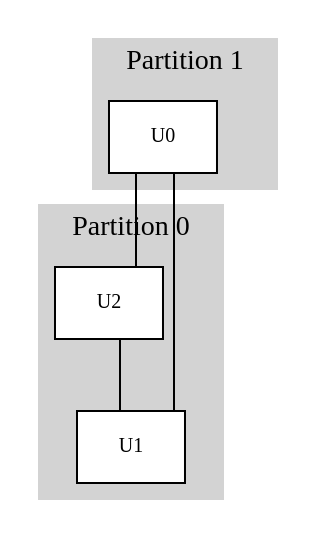
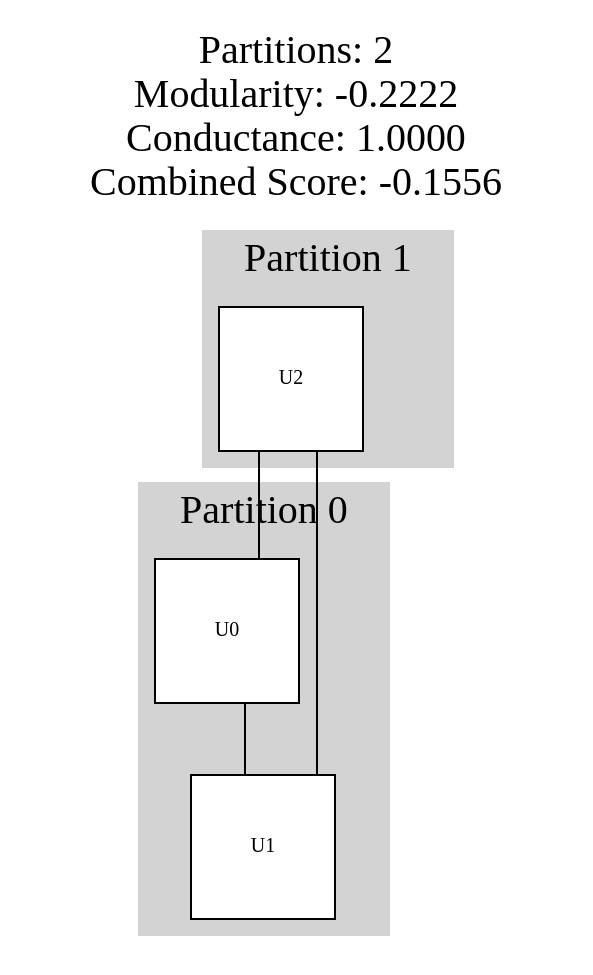
Before and after one commit to d-e-e-p/schematic-from-netlist: the diagram in data/dot/partition_2.dot, drawn with Graphviz. The commit also changed 4 other files, not shown here.

```diff
--- a/data/dot/partition_2.dot
+++ b/data/dot/partition_2.dot
@@ -1,35 +1,50 @@
 digraph "" {
-	graph [overlap=false,
+	graph [fontsize=20,
+		label="Partitions: 2
+Modularity: -0.2222
+Conductance: 1.0000
+Combined Score: -0.1556",
+		labelloc=t,
+		overlap=false,
 		rankdir=TB,
 		ratio=auto,
 		splines=ortho
 	];
 	node [fillcolor=white,
 		fontsize=10,
 		style=filled
 	];
 	edge [arrowhead=dot,
 		arrowsize=0.0,
 		arrowtail=dot,
 		dir=both,
 		fontsize=8
 	];
 	subgraph cluster_1 {
 		graph [color=lightgrey,
 			label="Partition 1",
 			style=filled
 		];
-		U0	[shape=box];
+		U2	[fixedsize=True,
+			height=1.0,
+			shape=box,
+			width=1.0];
 	}
 	subgraph cluster_0 {
 		graph [color=lightgrey,
 			label="Partition 0",
 			style=filled
 		];
-		U2	[shape=box];
-		U1	[shape=box];
+		U0	[fixedsize=True,
+			height=1.0,
+			shape=box,
+			width=1.0];
+		U1	[fixedsize=True,
+			height=1.0,
+			shape=box,
+			width=1.0];
 	}
-	U0 -> U2;
+	U2 -> U0;
+	U2 -> U1;
 	U0 -> U1;
-	U2 -> U1;
 }
```
